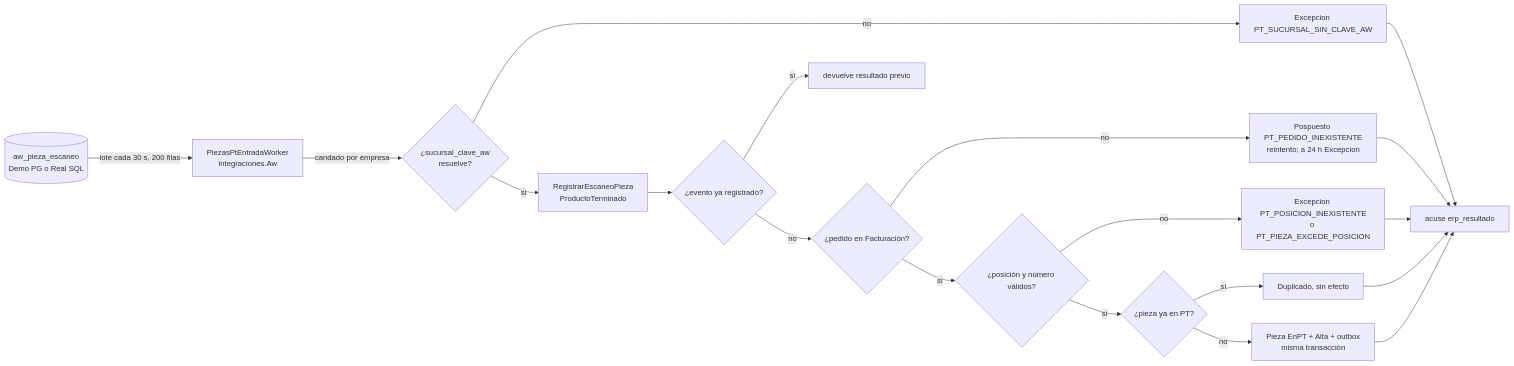
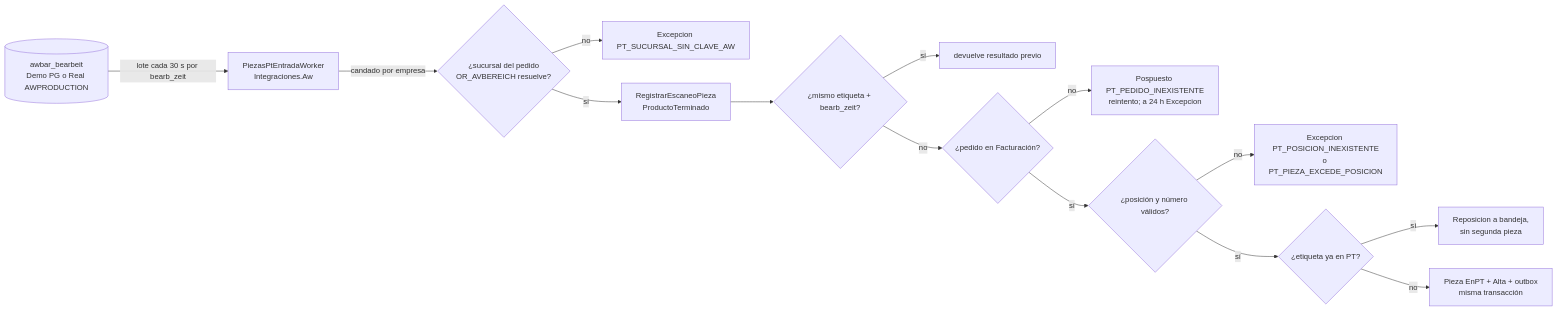
The second of 2 diagrams in docs/modulos/producto-terminado/01-diseno.md (Eliam2102/millet-erp), drawn with Mermaid before and after one commit. The commit also changed other lines of this file and 1 other file, not shown here.

First line of the commit message:
[86e3jvuk2] E08 Rev. 3: entrada de PT con las respuestas de TI del 27-oct

````diff
--- a/docs/modulos/producto-terminado/01-diseno.md
+++ b/docs/modulos/producto-terminado/01-diseno.md
@@ -119,21 +120,16 @@
 ```mermaid
 flowchart LR
-  AW[(aw_pieza_escaneo<br/>Demo PG o Real SQL)] -->|lote cada 30 s, 200 filas| W[PiezasPtEntradaWorker<br/>Integraciones.Aw]
-  W -->|candado por empresa| R{¿sucursal_clave_aw<br/>resuelve?}
+  AW[(awbar_bearbeit<br/>Demo PG o Real AWPRODUCTION)] -->|lote cada 30 s por bearb_zeit| W[PiezasPtEntradaWorker<br/>Integraciones.Aw]
+  W -->|candado por empresa| R{¿sucursal del pedido<br/>OR_AVBEREICH resuelve?}
   R -->|no| EX[Excepcion PT_SUCURSAL_SIN_CLAVE_AW]
   R -->|sí| C[RegistrarEscaneoPieza<br/>ProductoTerminado]
-  C --> K{¿evento ya registrado?}
+  C --> K{¿mismo etiqueta + bearb_zeit?}
   K -->|sí| RES[devuelve resultado previo]
   K -->|no| P{¿pedido en Facturación?}
   P -->|no| POS[Pospuesto PT_PEDIDO_INEXISTENTE<br/>reintento; a 24 h Excepcion]
   P -->|sí| V{¿posición y número válidos?}
   V -->|no| EX2[Excepcion PT_POSICION_INEXISTENTE<br/>o PT_PIEZA_EXCEDE_POSICION]
-  V -->|sí| D{¿pieza ya en PT?}
-  D -->|sí| DUP[Duplicado, sin efecto]
+  V -->|sí| D{¿etiqueta ya en PT?}
+  D -->|sí| REP[Reposicion a bandeja,<br/>sin segunda pieza]
   D -->|no| OK[Pieza EnPT + Alta + outbox<br/>misma transacción]
-  OK --> ACK[acuse erp_resultado]
-  POS --> ACK
-  EX --> ACK
-  EX2 --> ACK
-  DUP --> ACK
 ```
````
